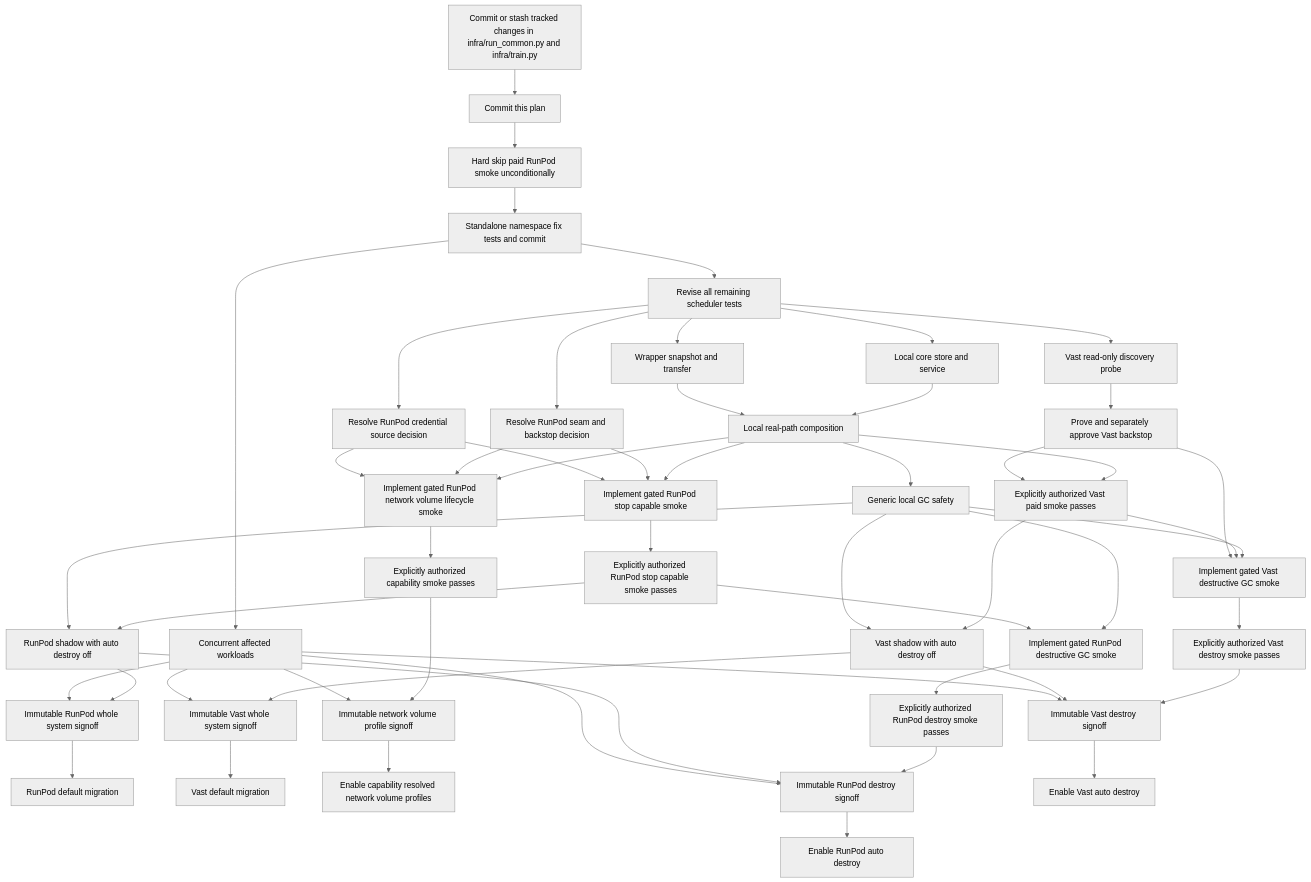
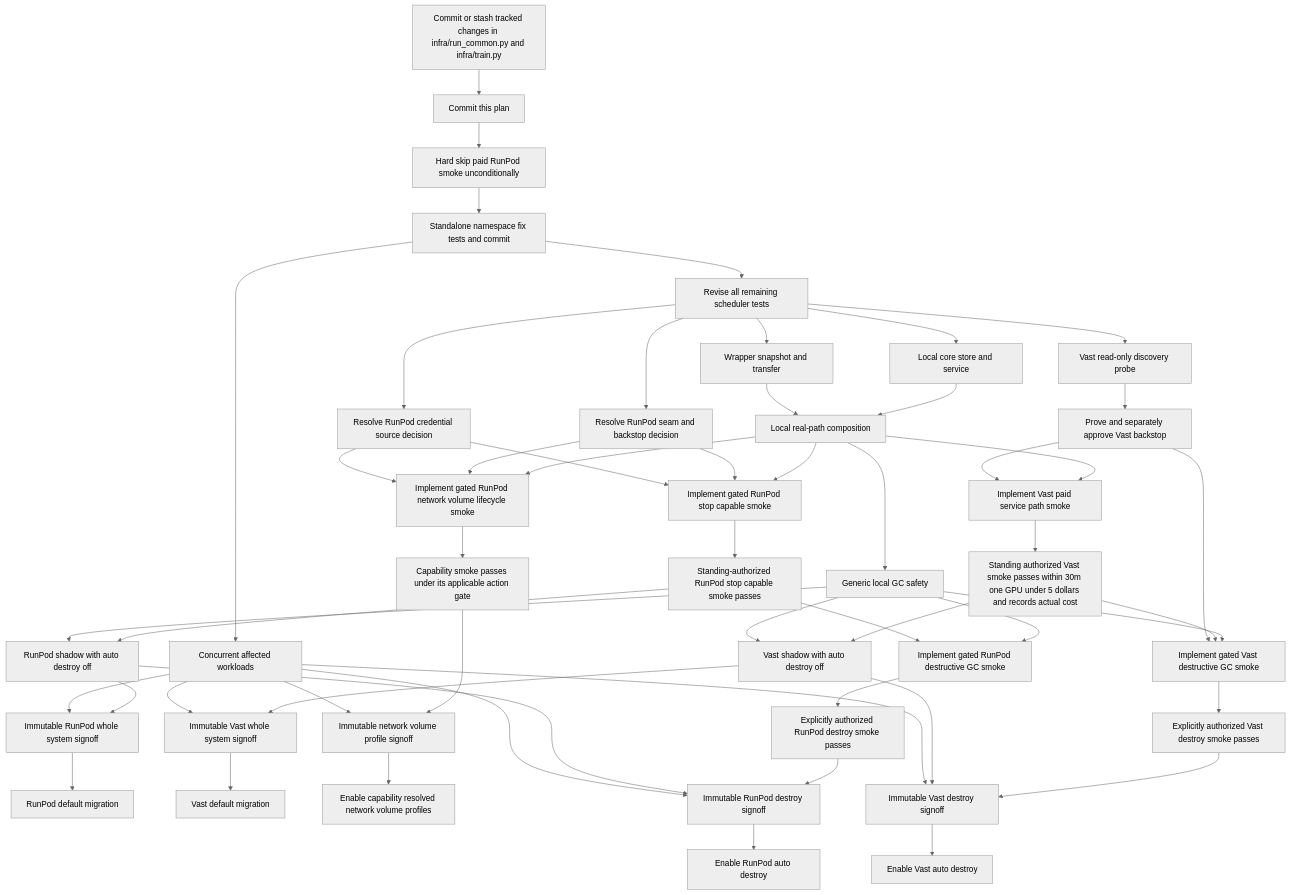
The seventh of 7 diagrams in docs/job_scheduler.md (ethanelasky/debate), drawn with Mermaid (neutral theme) before and after one commit. The commit also changed other lines of this file, not shown here.

Commit message:
Record standing paid integration authorization

````diff
--- a/docs/job_scheduler.md
+++ b/docs/job_scheduler.md
@@ -493,55 +500,56 @@
 ```mermaid
 flowchart TD
     D[Commit or stash tracked changes in infra/run_common.py and infra/train.py] --> P[Commit this plan]
     P --> H[Hard skip paid RunPod smoke unconditionally]
     H --> N[Standalone namespace fix tests and commit]
     N --> R[Revise all remaining scheduler tests]
     R --> C[Local core store and service]
     R --> T[Wrapper snapshot and transfer]
     C --> L[Local real-path composition]
     T --> L
     R --> V0[Vast read-only discovery probe]
     V0 --> VB[Prove and separately approve Vast backstop]
     R --> RB[Resolve RunPod seam and backstop decision]
     R --> RC[Resolve RunPod credential source decision]
     L --> RI[Implement gated RunPod stop capable smoke]
     RB --> RI
     RC --> RI
-    RI --> RP[Explicitly authorized RunPod stop capable smoke passes]
+    RI --> RP[Standing-authorized RunPod stop capable smoke passes]
     L --> RNI[Implement gated RunPod network volume lifecycle smoke]
     RB --> RNI
     RC --> RNI
-    RNI --> RNP[Explicitly authorized capability smoke passes]
+    RNI --> RNP[Capability smoke passes under its applicable action gate]
     L --> G[Generic local GC safety]
-    L --> VP[Explicitly authorized Vast paid smoke passes]
-    VB --> VP
+    L --> VI[Implement Vast paid service path smoke]
+    VB --> VI
+    VI --> VP[Standing authorized Vast smoke passes within 30m one GPU under 5 dollars and records actual cost]
     G --> RD[Implement gated RunPod destructive GC smoke]
     RP --> RD
     RD --> RDP[Explicitly authorized RunPod destroy smoke passes]
     G --> VD[Implement gated Vast destructive GC smoke]
     VP --> VD
     VB --> VD
     VD --> VDP[Explicitly authorized Vast destroy smoke passes]
     RP --> SHR[RunPod shadow with auto destroy off]
     G --> SHR
     VP --> SHV[Vast shadow with auto destroy off]
     G --> SHV
     N --> W[Concurrent affected workloads]
     SHR --> SR[Immutable RunPod whole system signoff]
     W --> SR
     SR --> DMR[RunPod default migration]
     SHV --> SV[Immutable Vast whole system signoff]
     W --> SV
     SV --> DMV[Vast default migration]
     RNP --> SN[Immutable network volume profile signoff]
     W --> SN
     SN --> NW[Enable capability resolved network volume profiles]
     RDP --> SDR[Immutable RunPod destroy signoff]
     SHR --> SDR
     W --> SDR
     SDR --> AD[Enable RunPod auto destroy]
     VDP --> SDV[Immutable Vast destroy signoff]
     SHV --> SDV
     W --> SDV
     SDV --> AV[Enable Vast auto destroy]
 ```
````
